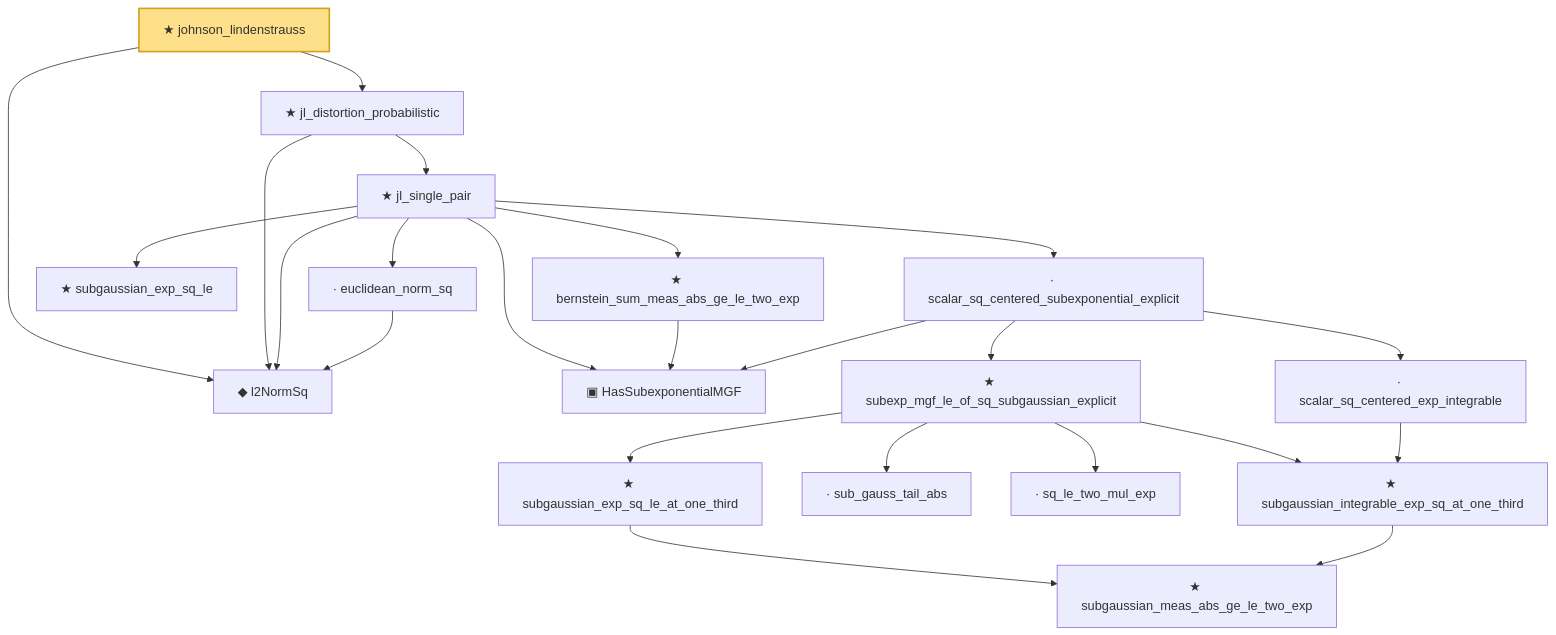
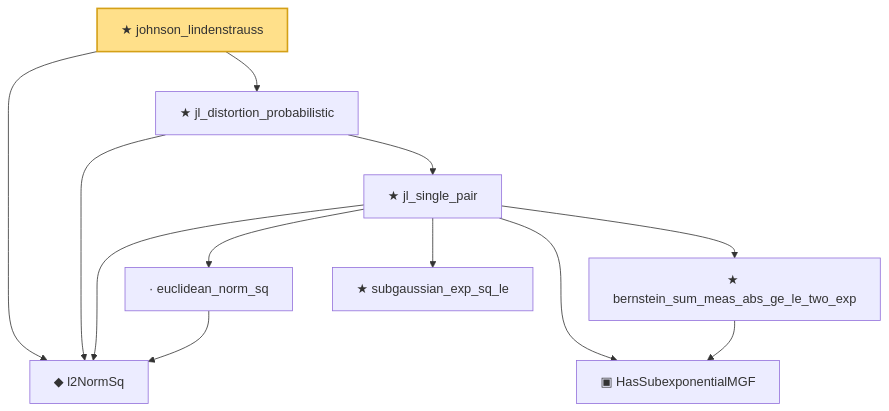
Before and after one commit to statopia/statlib-site: the diagram in public/narratives/HighDim/johnson_lindenstrauss.md, drawn with Mermaid. The commit also changed other lines of this file and 310 other files, not shown here.

````diff
--- a/public/narratives/HighDim/johnson_lindenstrauss.md
+++ b/public/narratives/HighDim/johnson_lindenstrauss.md
@@ -27,44 +19,25 @@
 ```mermaid
 flowchart TD
   n0["◆ l2NormSq"]
   n1["· euclidean_norm_sq"]
   n2["★ subgaussian_exp_sq_le"]
   n3["▣ HasSubexponentialMGF"]
-  n4["★ subgaussian_meas_abs_ge_le_two_exp"]
-  n5["★ subgaussian_integrable_exp_sq_at_one_third"]
-  n6["· scalar_sq_centered_exp_integrable"]
-  n7["· sub_gauss_tail_abs"]
-  n8["· sq_le_two_mul_exp"]
-  n9["★ subgaussian_exp_sq_le_at_one_third"]
-  n10["★ subexp_mgf_le_of_sq_subgaussian_explicit"]
-  n11["· scalar_sq_centered_subexponential_explicit"]
-  n12["★ bernstein_sum_meas_abs_ge_le_two_exp"]
-  n13["★ jl_single_pair"]
-  n14["★ jl_distortion_probabilistic"]
-  n15["★ johnson_lindenstrauss"]
+  n4["★ bernstein_sum_meas_abs_ge_le_two_exp"]
+  n5["★ jl_single_pair"]
+  n6["★ jl_distortion_probabilistic"]
+  n7["★ johnson_lindenstrauss"]
   n1 --> n0
+  n4 --> n3
+  n5 --> n0
+  n5 --> n1
+  n5 --> n2
+  n5 --> n3
   n5 --> n4
+  n6 --> n0
   n6 --> n5
-  n9 --> n4
-  n10 --> n7
-  n10 --> n8
-  n10 --> n9
-  n10 --> n5
-  n11 --> n3
-  n11 --> n6
-  n11 --> n10
-  n12 --> n3
-  n13 --> n0
-  n13 --> n1
-  n13 --> n2
-  n13 --> n3
-  n13 --> n11
-  n13 --> n12
-  n14 --> n0
-  n14 --> n13
-  n15 --> n0
-  n15 --> n14
-  class n15 headline;
+  n7 --> n0
+  n7 --> n6
+  class n7 headline;
   classDef headline fill:#ffe08a,stroke:#d4a017,stroke-width:2px;
   classDef axiomNode fill:#ffd0d0,stroke:#c0392b,stroke-dasharray:4 2;
 ```
````
